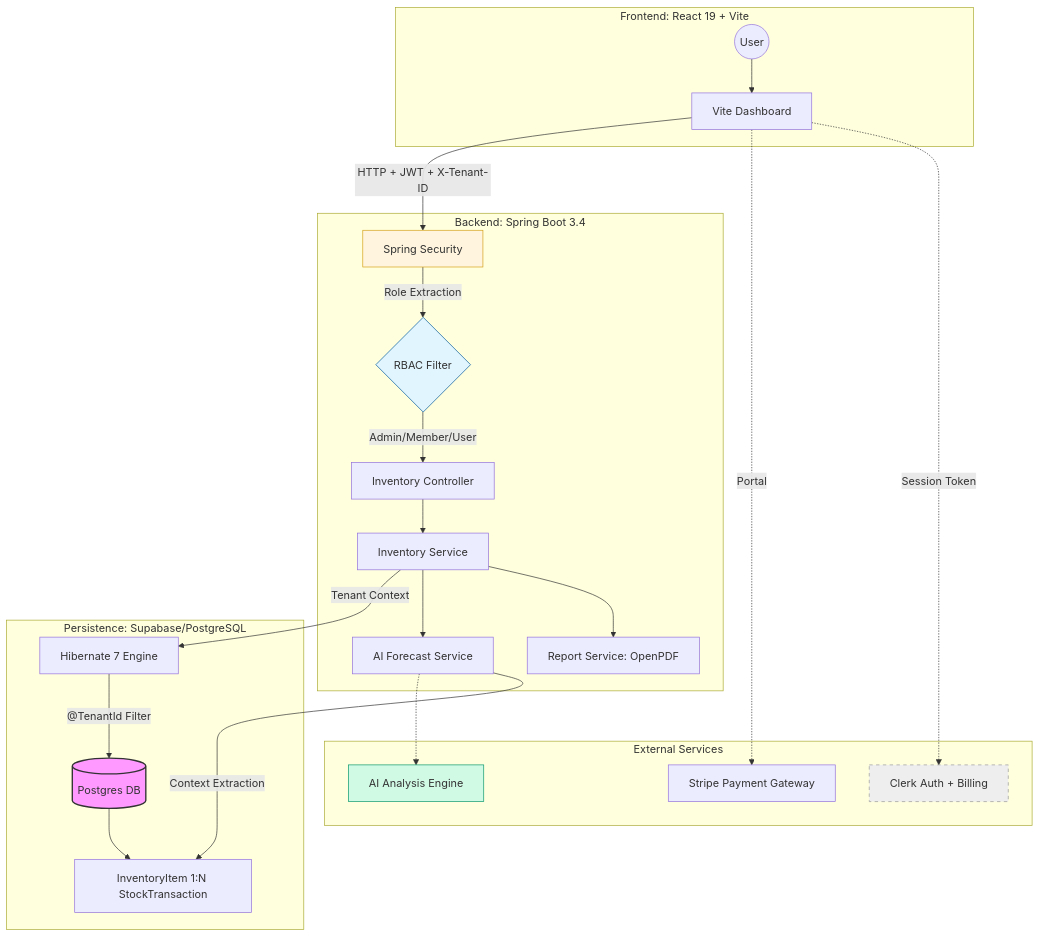
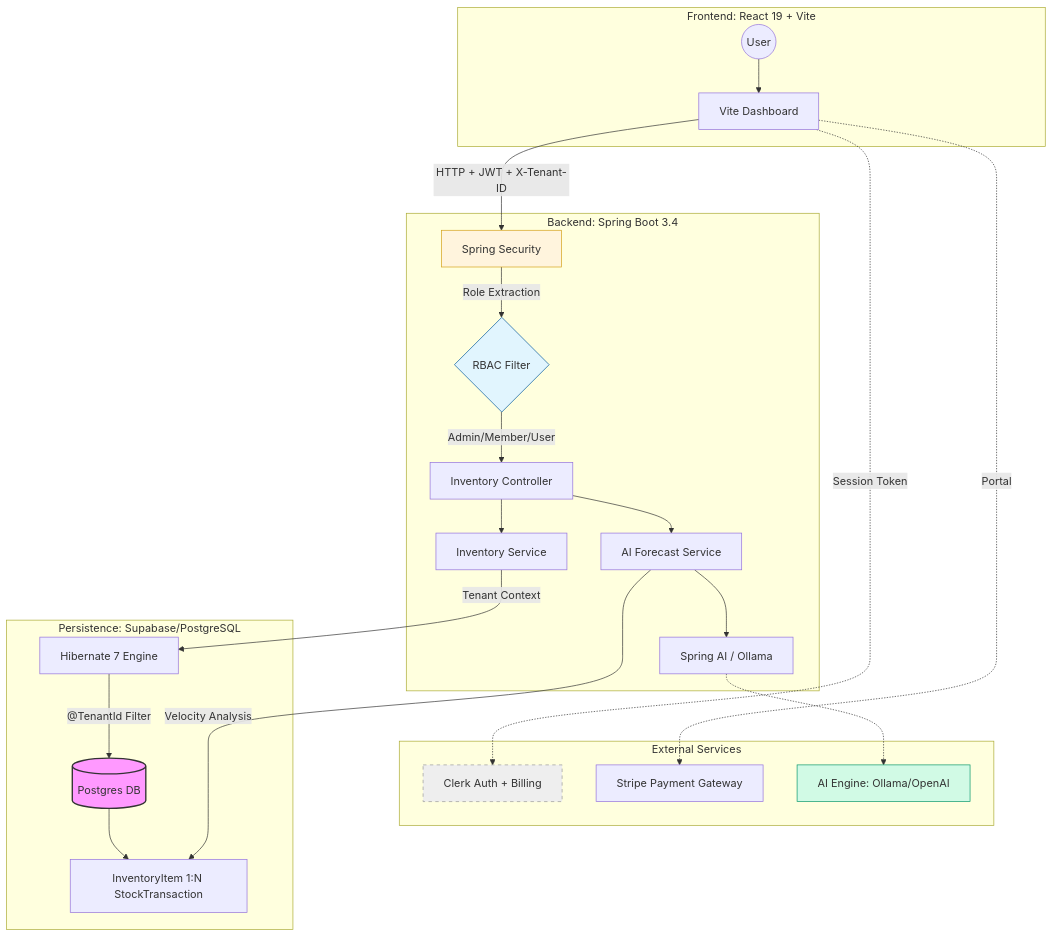
One commit to SaaammmyyyS/stack-inventory-manager changed the diagram in README.md. Above: the diagram before and after it, drawn with Mermaid.

Commit message:
Update README with AI Engine and service changes

````diff
--- a/README.md
+++ b/README.md
@@ -11,37 +11,37 @@
 ```mermaid
 graph TD
     subgraph External [External Services]
         Clerk[Clerk Auth + Billing]
         Stripe[Stripe Payment Gateway]
-        OpenAI[AI Analysis Engine]
+        AI[AI Engine: Ollama/OpenAI]
     end
 
     subgraph Client_Layer [Frontend: React 19 + Vite]
         User((User)) --> WebApp[Vite Dashboard]
         WebApp -.->|Session Token| Clerk
         WebApp -.->|Portal| Stripe
     end
 
     subgraph API_Layer [Backend: Spring Boot 3.4]
         WebApp -- "HTTP + JWT + X-Tenant-ID" --> Gateway[Spring Security]
         Gateway -- "Role Extraction" --> RBAC{RBAC Filter}
         RBAC -- "Admin/Member/User" --> Controller[Inventory Controller]
         Controller --> Service[Inventory Service]
-        Service --> ReportSvc[Report Service: OpenPDF]
-        Service --> AiSvc[AI Forecast Service]
+        Controller --> AiSvc[AI Forecast Service]
+        AiSvc --> SpringAI[Spring AI / Ollama]
     end
 
     subgraph Data_Layer [Persistence: Supabase/PostgreSQL]
         Service -- "Tenant Context" --> Hibernate[Hibernate 7 Engine]
         Hibernate -- "@TenantId Filter" --> DB[(Postgres DB)]
         DB --> Entities[InventoryItem 1:N StockTransaction]
-        AiSvc -- "Context Extraction" --> Entities
-        AiSvc -.-> OpenAI
+        AiSvc -- "Velocity Analysis" --> Entities
+        SpringAI -.-> AI
     end
 
     style DB fill:#f9f,stroke:#333,stroke-width:2px
     style Gateway fill:#fff4dd,stroke:#d4a017
     style RBAC fill:#e1f5fe,stroke:#01579b
     style Clerk fill:#eee,stroke:#999,stroke-dasharray: 5 5
-    style OpenAI fill:#d1fae5,stroke:#059669
+    style AI fill:#d1fae5,stroke:#059669
 ```
````
